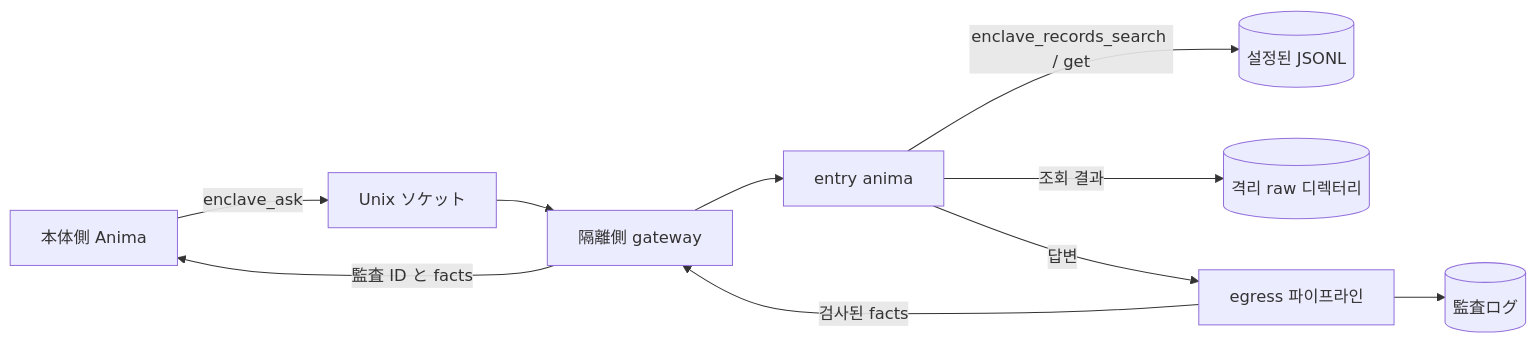
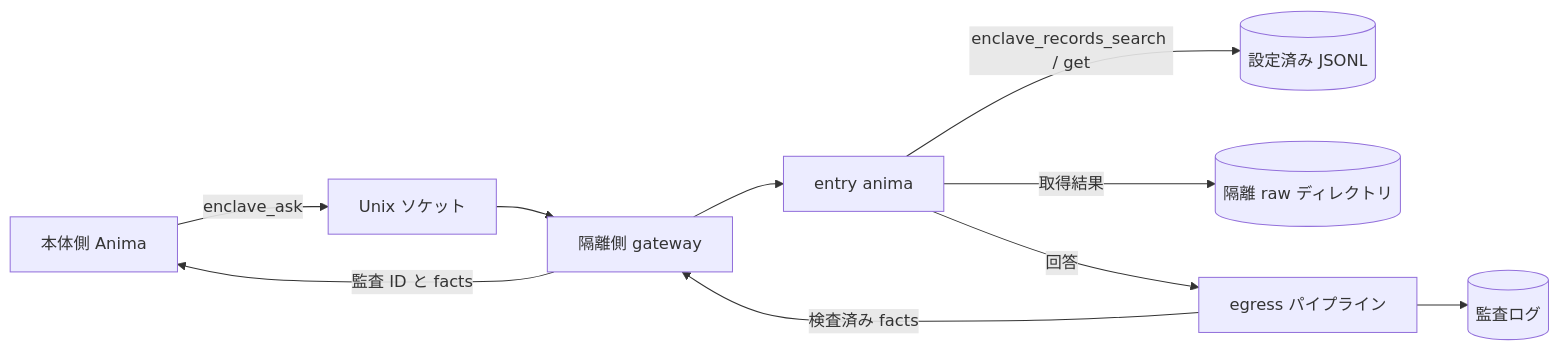
One commit to cmnt1/animaworks changed the diagram in docs/ko/enclave.md. Above: the diagram before and after it, drawn with Mermaid. The commit also changed other lines of this file and 12 other files, not shown here.

````diff
--- a/docs/ko/enclave.md
+++ b/docs/ko/enclave.md
@@ -12,12 +12,12 @@
 ```mermaid
 flowchart LR
     H[本体側 Anima] -->|enclave_ask| S[Unix ソケット]
     S --> G[隔離側 gateway]
     G --> A[entry anima]
-    A -->|enclave_records_search / get| D[(설정된 JSONL)]
-    A -->|조회 결과| R[(격리 raw 디렉터리)]
-    A -->|답변| E[egress 파이프라인]
-    E -->|검사된 facts| G
+    A -->|enclave_records_search / get| D[(設定済み JSONL)]
+    A -->|取得結果| R[(隔離 raw ディレクトリ)]
+    A -->|回答| E[egress パイプライン]
+    E -->|検査済み facts| G
     G -->|監査 ID と facts| H
     E --> Q[(監査ログ)]
 ```
````
